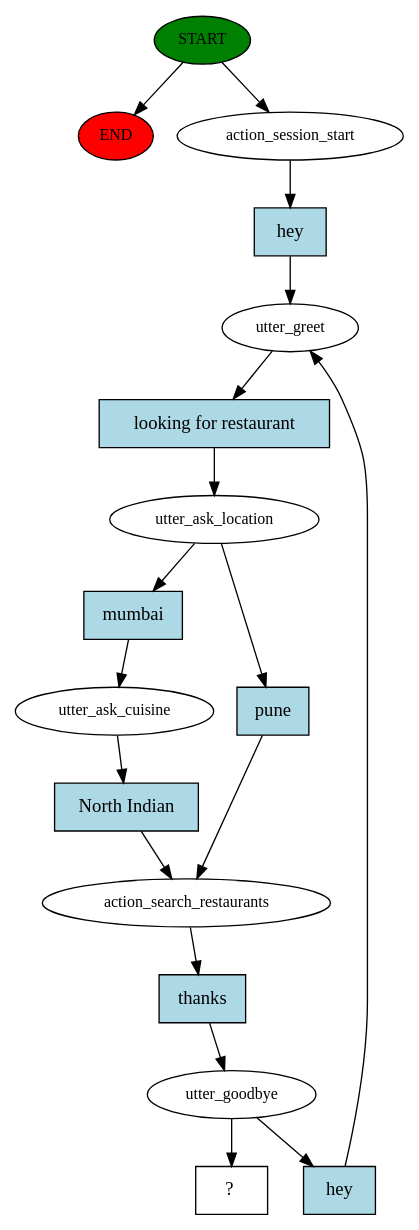
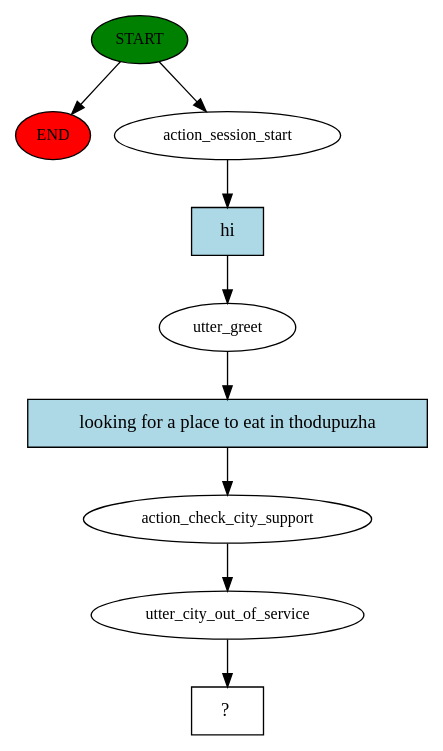
Before and after one commit to adi007me/rasa-chatbot: the diagram in story_graph.dot, drawn with Graphviz. The commit also changed 5 other files, not shown here.

Commit message:
New stories, Action to check city support etc

```diff
--- a/story_graph.dot
+++ b/story_graph.dot
@@ -1,35 +1,19 @@
 digraph  {
 0 [class="start active", fillcolor=green, fontsize=12, label=START, style=filled];
 "-1" [class=end, fillcolor=red, fontsize=12, label=END, style=filled];
 1 [class=active, fontsize=12, label=action_session_start];
 2 [class=active, fontsize=12, label=utter_greet];
-3 [class=active, fontsize=12, label=utter_ask_location];
-4 [class=active, fontsize=12, label=utter_ask_cuisine];
-5 [class=active, fontsize=12, label=action_search_restaurants];
-6 [class=active, fontsize=12, label=utter_goodbye];
-11 [class="intent dashed active", label="  ?  ", shape=rect];
-12 [class="intent active", fillcolor=lightblue, label=hey, shape=rect, style=filled];
-13 [class="intent active", fillcolor=lightblue, label="looking for restaurant", shape=rect, style=filled];
-14 [class="intent active", fillcolor=lightblue, label=mumbai, shape=rect, style=filled];
-15 [class="intent active", fillcolor=lightblue, label=pune, shape=rect, style=filled];
-16 [class="intent active", fillcolor=lightblue, label="North Indian", shape=rect, style=filled];
-17 [class="intent active", fillcolor=lightblue, label=thanks, shape=rect, style=filled];
-18 [class="intent active", fillcolor=lightblue, label=hey, shape=rect, style=filled];
+3 [class=active, fontsize=12, label=action_check_city_support];
+4 [class=active, fontsize=12, label=utter_city_out_of_service];
+5 [class="intent dashed active", label="  ?  ", shape=rect];
+6 [class="intent active", fillcolor=lightblue, label=hi, shape=rect, style=filled];
+7 [class="intent active", fillcolor=lightblue, label="looking for a place to eat in thodupuzha", shape=rect, style=filled];
 0 -> "-1"  [class="", key=NONE, label=""];
 0 -> 1  [class=active, key=NONE, label=""];
-1 -> 12  [class=active, key=0];
-2 -> 13  [class=active, key=0];
-3 -> 14  [class=active, key=0];
-3 -> 15  [class=active, key=0];
-4 -> 16  [class=active, key=0];
-5 -> 17  [class=active, key=0];
-6 -> 11  [class=active, key=NONE, label=""];
-6 -> 18  [class=active, key=0];
-12 -> 2  [class=active, key=0];
-13 -> 3  [class=active, key=0];
-14 -> 4  [class=active, key=0];
-15 -> 5  [class=active, key=0];
-16 -> 5  [class=active, key=0];
-17 -> 6  [class=active, key=0];
-18 -> 2  [class=active, key=0];
+1 -> 6  [class=active, key=0];
+2 -> 7  [class=active, key=0];
+3 -> 4  [class=active, key=NONE, label=""];
+4 -> 5  [class=active, key=NONE, label=""];
+6 -> 2  [class=active, key=0];
+7 -> 3  [class=active, key=0];
 }
```
